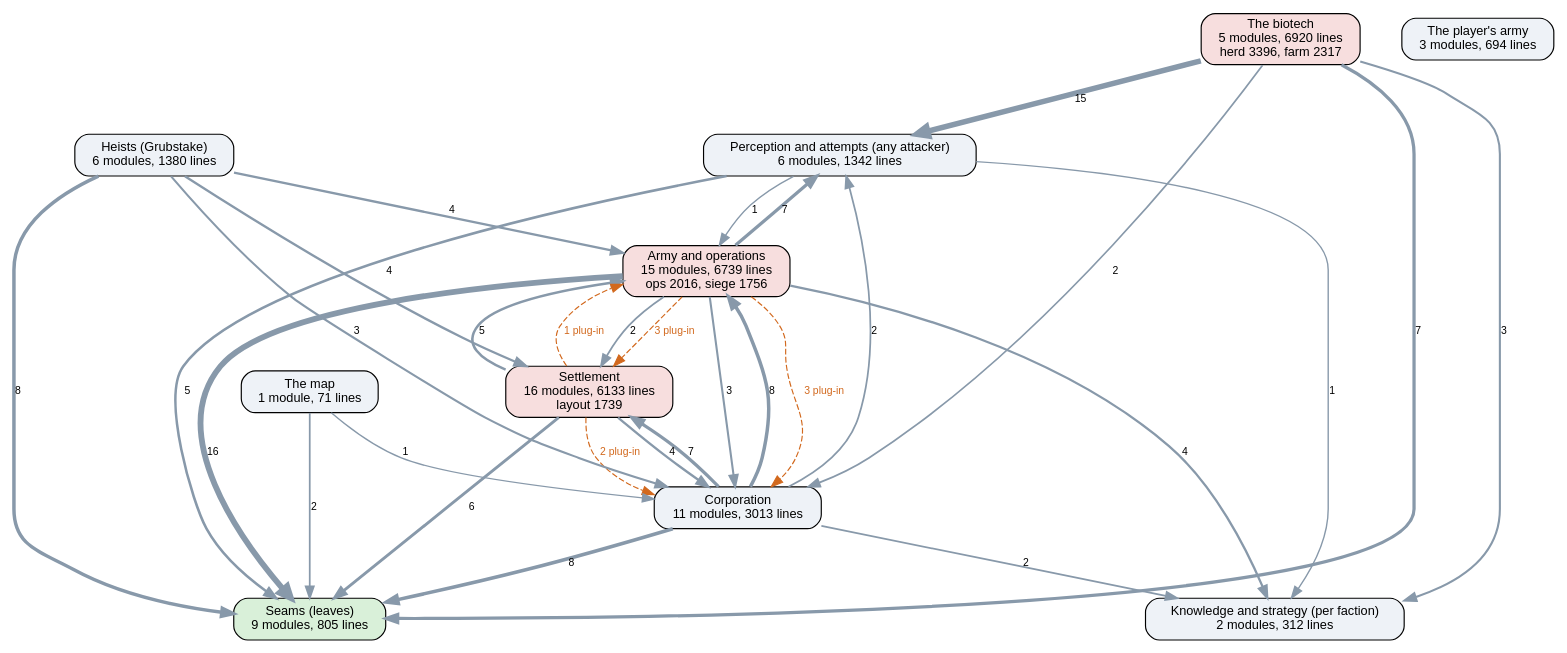
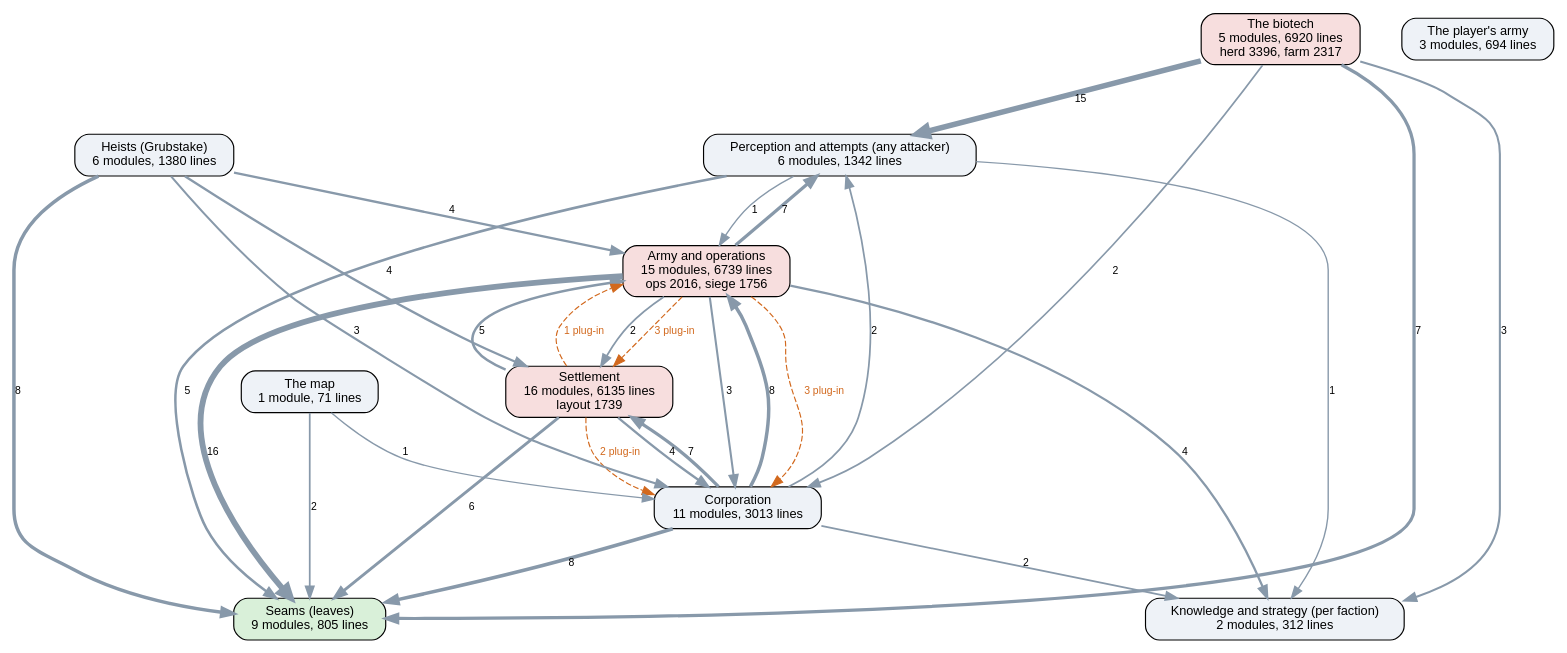
The diagram in docs/ai-layers.dot (kinelhu/landing-party), drawn with Graphviz before and after one commit. The commit also changed 9 other files, not shown here.

First line of the commit message:
0.2.173: graphics pass, first: the three labs are Space Age's electromagnetic plant, cryogenic plant and foundry, the dome projector its tesla turret, the uplink its fusion reactor; scripts/sprite_preview.py renders sprites headless at true scale

```diff
--- a/docs/ai-layers.dot
+++ b/docs/ai-layers.dot
@@ -1,45 +1,45 @@
 digraph layers {
   graph [rankdir=TB, fontname="Helvetica", nodesep=0.5, ranksep=0.7];
   node [shape=box, style="rounded,filled", fontname="Helvetica", fontsize=11, fillcolor="#eef2f7"];
   edge [color="#8899aa", fontname="Helvetica", fontsize=9];
   "Seams (leaves)" [label="Seams (leaves)\n9 modules, 805 lines", fillcolor="#d9f0d9"];
   "Perception and attempts (any attacker)" [label="Perception and attempts (any attacker)\n6 modules, 1342 lines", fillcolor="#eef2f7"];
   "Knowledge and strategy (per faction)" [label="Knowledge and strategy (per faction)\n2 modules, 312 lines", fillcolor="#eef2f7"];
   "Corporation" [label="Corporation\n11 modules, 3013 lines", fillcolor="#eef2f7"];
-  "Settlement" [label="Settlement\n16 modules, 6133 lines\nlayout 1739", fillcolor="#f7dede"];
+  "Settlement" [label="Settlement\n16 modules, 6135 lines\nlayout 1739", fillcolor="#f7dede"];
   "Army and operations" [label="Army and operations\n15 modules, 6739 lines\nops 2016, siege 1756", fillcolor="#f7dede"];
   "Heists (Grubstake)" [label="Heists (Grubstake)\n6 modules, 1380 lines", fillcolor="#eef2f7"];
   "The biotech" [label="The biotech\n5 modules, 6920 lines\nherd 3396, farm 2317", fillcolor="#f7dede"];
   "The map" [label="The map\n1 module, 71 lines", fillcolor="#eef2f7"];
   "The player's army" [label="The player's army\n3 modules, 694 lines", fillcolor="#eef2f7"];
   "Army and operations" -> "Corporation" [label="3", penwidth=1.8];
   "Army and operations" -> "Knowledge and strategy (per faction)" [label="4", penwidth=2.0];
   "Army and operations" -> "Perception and attempts (any attacker)" [label="7", penwidth=2.8];
   "Army and operations" -> "Seams (leaves)" [label="16", penwidth=5.0];
   "Army and operations" -> "Settlement" [label="2", penwidth=1.5];
   "Corporation" -> "Army and operations" [label="8", penwidth=3.0];
   "Corporation" -> "Knowledge and strategy (per faction)" [label="2", penwidth=1.5];
   "Corporation" -> "Perception and attempts (any attacker)" [label="2", penwidth=1.5];
   "Corporation" -> "Seams (leaves)" [label="8", penwidth=3.0];
   "Corporation" -> "Settlement" [label="7", penwidth=2.8];
   "Heists (Grubstake)" -> "Army and operations" [label="4", penwidth=2.0];
   "Heists (Grubstake)" -> "Corporation" [label="3", penwidth=1.8];
   "Heists (Grubstake)" -> "Seams (leaves)" [label="8", penwidth=3.0];
   "Heists (Grubstake)" -> "Settlement" [label="4", penwidth=2.0];
   "Perception and attempts (any attacker)" -> "Army and operations" [label="1", penwidth=1.2];
   "Perception and attempts (any attacker)" -> "Knowledge and strategy (per faction)" [label="1", penwidth=1.2];
   "Perception and attempts (any attacker)" -> "Seams (leaves)" [label="5", penwidth=2.2];
   "Settlement" -> "Army and operations" [label="5", penwidth=2.2];
   "Settlement" -> "Corporation" [label="4", penwidth=2.0];
   "Settlement" -> "Seams (leaves)" [label="6", penwidth=2.5];
   "The biotech" -> "Corporation" [label="2", penwidth=1.5];
   "The biotech" -> "Knowledge and strategy (per faction)" [label="3", penwidth=1.8];
   "The biotech" -> "Perception and attempts (any attacker)" [label="15", penwidth=4.8];
   "The biotech" -> "Seams (leaves)" [label="7", penwidth=2.8];
   "The map" -> "Corporation" [label="1", penwidth=1.2];
   "The map" -> "Seams (leaves)" [label="2", penwidth=1.5];
   "Army and operations" -> "Corporation" [style=dashed, color="#d2691e", fontcolor="#d2691e", label="3 plug-in"];
   "Army and operations" -> "Settlement" [style=dashed, color="#d2691e", fontcolor="#d2691e", label="3 plug-in"];
   "Settlement" -> "Army and operations" [style=dashed, color="#d2691e", fontcolor="#d2691e", label="1 plug-in"];
   "Settlement" -> "Corporation" [style=dashed, color="#d2691e", fontcolor="#d2691e", label="2 plug-in"];
 }
```
